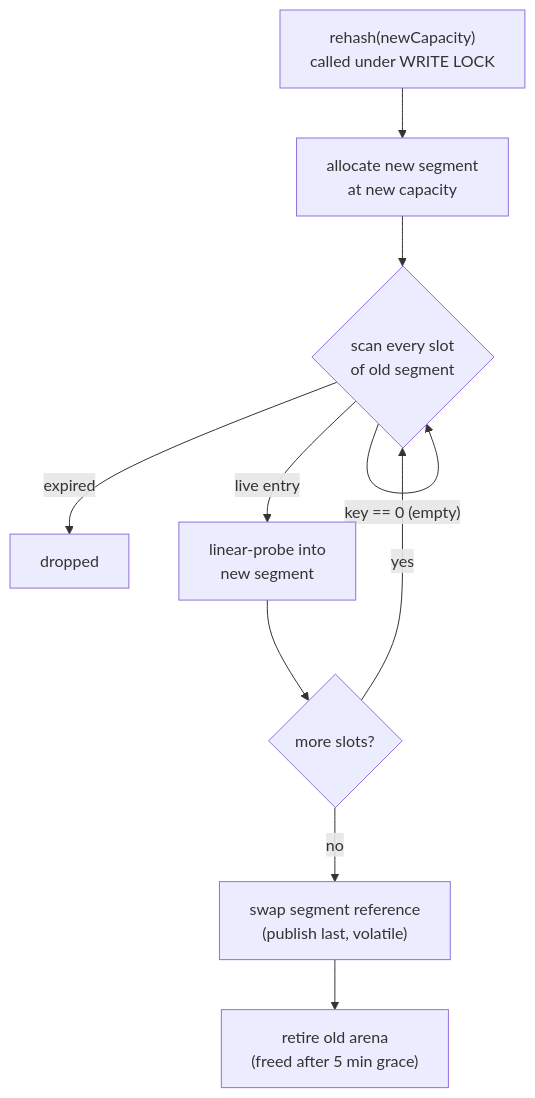
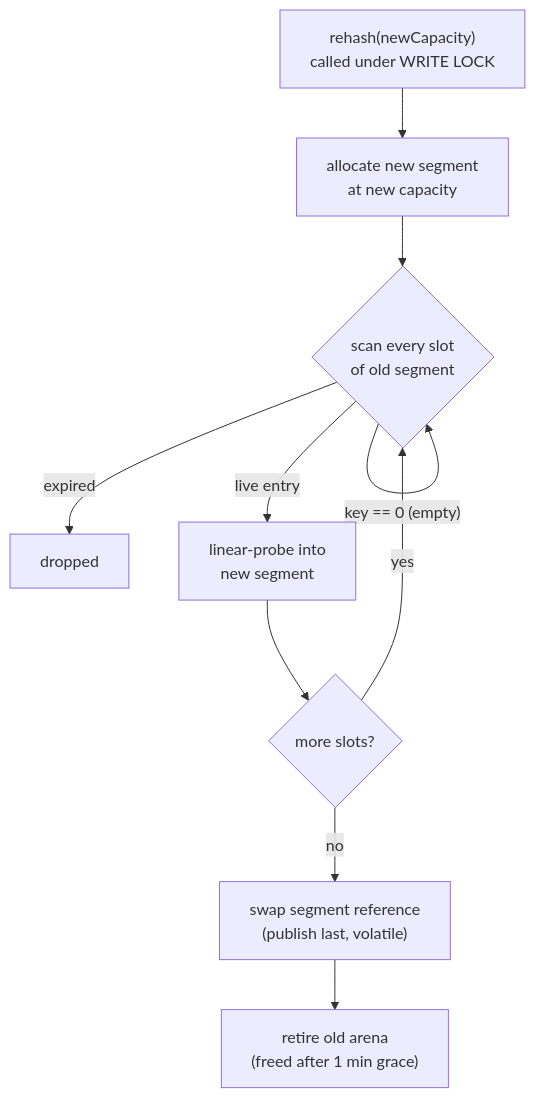
Before and after one commit to HowRuck/GTFSynq: the third of 3 diagrams in modules/shared/src/main/java/org/example/gtfsynq/shared/protocol/offheap/README.md, drawn with Mermaid. The commit also changed other lines of this file, not shown here.

Commit message:
docs: update retired arena grace period from 5 min to 1 min

````diff
--- a/modules/shared/src/main/java/org/example/gtfsynq/shared/protocol/offheap/README.md
+++ b/modules/shared/src/main/java/org/example/gtfsynq/shared/protocol/offheap/README.md
@@ -140,12 +144,12 @@
 ```mermaid
 flowchart TD
     A["rehash(newCapacity)\ncalled under WRITE LOCK"] --> B["allocate new segment\nat new capacity"]
     B --> C{"scan every slot\nof old segment"}
     C -- "key == 0 (empty)" --> C
     C -- "expired" --> D["dropped"]
     C -- "live entry" --> E["linear-probe into\nnew segment"]
     E --> F{"more slots?"}
     F -- yes --> C
     F -- no --> G["swap segment reference\n(publish last, volatile)"]
-    G --> H["retire old arena\n(freed after 5 min grace)"]
+    G --> H["retire old arena\n(freed after 1 min grace)"]
 ```
````
